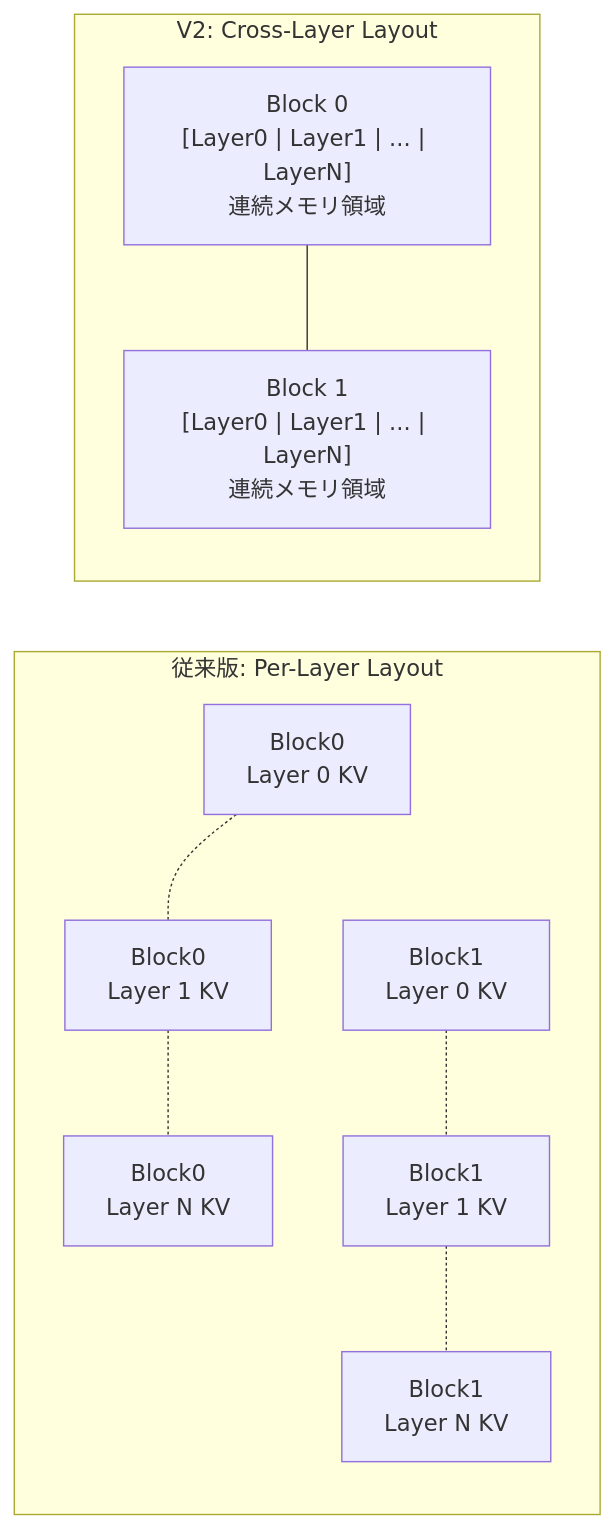
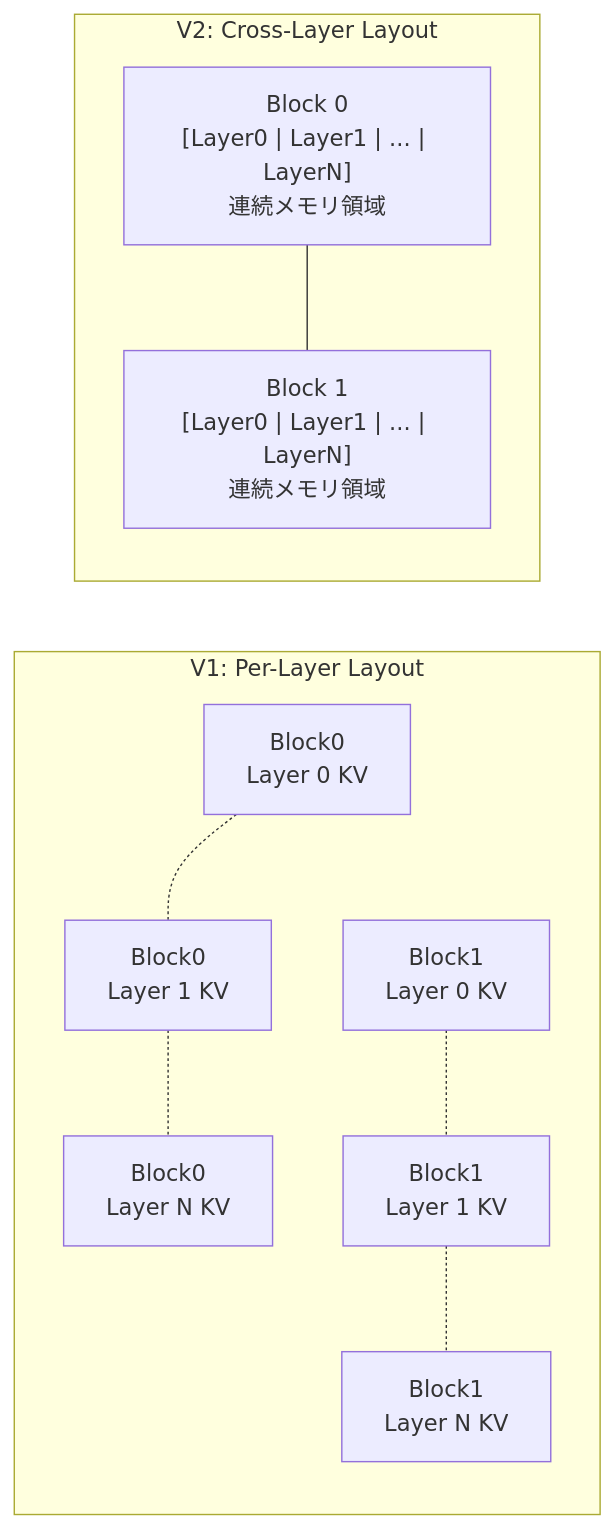
One commit to littlemex/zenn changed the ninth of 9 diagrams in articles/d2ed7115cf4578.md. Above: the diagram before and after it, drawn with Mermaid. The commit also changed other lines of this file, not shown here.

````diff
--- a/articles/d2ed7115cf4578.md
+++ b/articles/d2ed7115cf4578.md
@@ -469,27 +455,27 @@
 ```mermaid
 graph LR
-    subgraph "従来版: Per-Layer Layout"
+    subgraph "V1: Per-Layer Layout"
         direction TB
         B0L0["Block0<br/>Layer 0 KV"]
         B0L1["Block0<br/>Layer 1 KV"]
         B0LN["Block0<br/>Layer N KV"]
         B1L0["Block1<br/>Layer 0 KV"]
         B1L1["Block1<br/>Layer 1 KV"]
         B1LN["Block1<br/>Layer N KV"]
 
         B0L0 -.- B0L1
         B0L1 -.- B0LN
         B1L0 -.- B1L1
         B1L1 -.- B1LN
 
         B0L0 ~~~ B1L0
     end
 
     subgraph "V2: Cross-Layer Layout"
         direction TB
         CB0["Block 0<br/>[Layer0 | Layer1 | ... | LayerN]<br/>連続メモリ領域"]
         CB1["Block 1<br/>[Layer0 | Layer1 | ... | LayerN]<br/>連続メモリ領域"]
 
         CB0 --- CB1
     end
 ```
````
